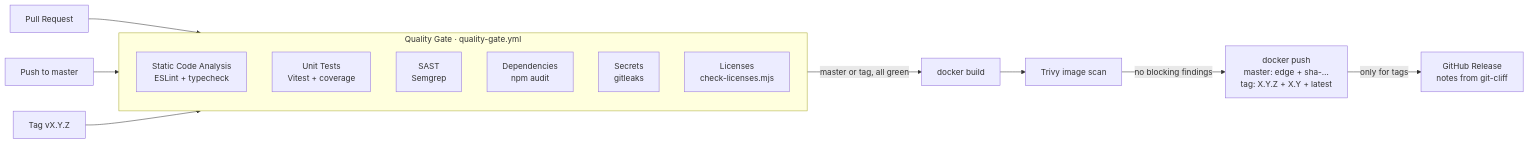
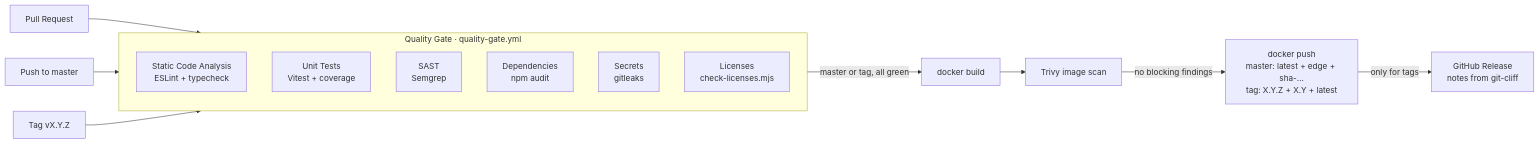
Before and after one commit to DavidNesterovic/HelfenNeuGedachtFrontend: the diagram in docs/pipeline.md, drawn with Mermaid. The commit also changed other lines of this file and 3 other files, not shown here.

First line of the commit message:
ci: Pushes auf master zusätzlich als latest taggen

````diff
--- a/docs/pipeline.md
+++ b/docs/pipeline.md
@@ -7,19 +7,19 @@
 ```mermaid
 flowchart LR
     PR[Pull Request] --> QG
     Push[Push to master] --> QG
     Tag[Tag vX.Y.Z] --> QG
     subgraph QG[Quality Gate · quality-gate.yml]
         direction TB
         A[Static Code Analysis<br/>ESLint + typecheck]
         T[Unit Tests<br/>Vitest + coverage]
         B[SAST<br/>Semgrep]
         C[Dependencies<br/>npm audit]
         D[Secrets<br/>gitleaks]
         E[Licenses<br/>check-licenses.mjs]
     end
     QG -->|master or tag, all green| Build[docker build]
     Build --> Scan[Trivy image scan]
-    Scan -->|no blocking findings| Ship[docker push<br/>master: edge + sha-…<br/>tag: X.Y.Z + X.Y + latest]
+    Scan -->|no blocking findings| Ship[docker push<br/>master: latest + edge + sha-…<br/>tag: X.Y.Z + X.Y + latest]
     Ship -->|only for tags| Release[GitHub Release<br/>notes from git-cliff]
 ```
````
